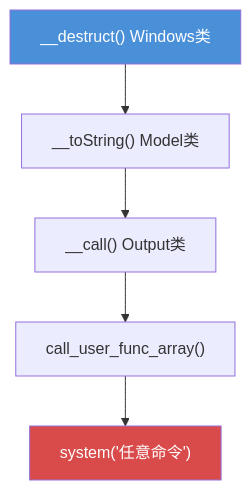
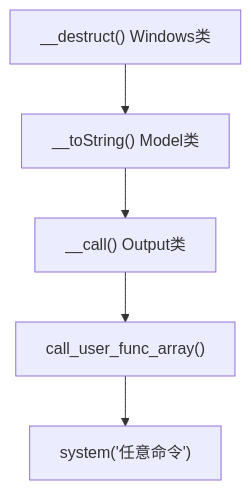
One commit to congliang/congliang.github.io changed the second of 2 diagrams in source/_posts/Deserialization-php-basics.md. Above: the diagram before and after it, drawn with Mermaid. The commit also changed other lines of this file and 42 other files, not shown here.

Commit message:
优化 Mermaid 图表渲染兼容性

````diff
--- a/source/_posts/Deserialization-php-basics.md
+++ b/source/_posts/Deserialization-php-basics.md
@@ -214,10 +212,8 @@
 ```mermaid
 flowchart TD
     A["__destruct() Windows类"] --> B["__toString() Model类"]
     B --> C["__call() Output类"]
     C --> D["call_user_func_array()"]
     D --> E["system('任意命令')"]
 
-    style A fill:#4a90d9,color:#fff
-    style E fill:#d94a4a,color:#fff
 ```
````
